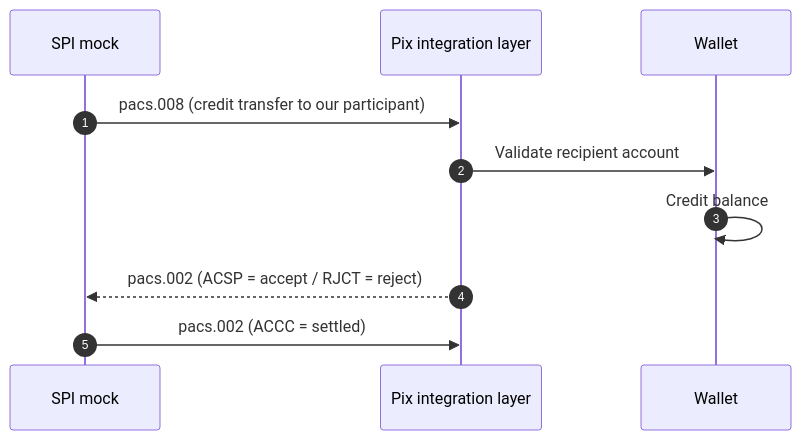
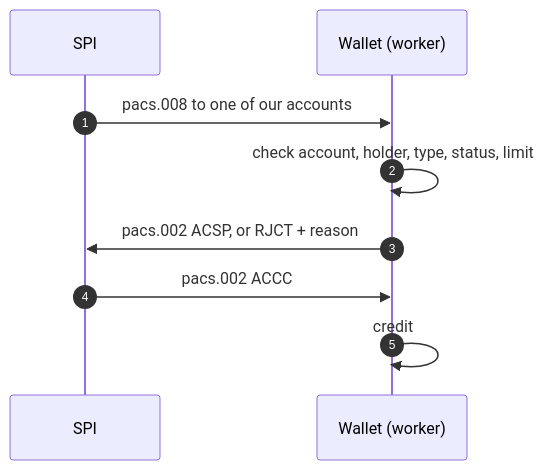
One commit to piovani/pix_fake changed the third of 4 diagrams in docs/architecture.md. Above: the diagram before and after it, drawn with Mermaid. The commit also changed other lines of this file and 2 other files, not shown here.

Commit message:
docs: bring the root README and the architecture up to date, trim the guide

````diff
--- a/docs/architecture.md
+++ b/docs/architecture.md
@@ -82,13 +63,12 @@
 ```mermaid
 sequenceDiagram
     autonumber
-    participant S as SPI mock
-    participant P as Pix integration layer
-    participant W as Wallet
+    participant S as SPI
+    participant W as Wallet (worker)
 
-    S->>P: pacs.008 (credit transfer to our participant)
-    P->>W: Validate recipient account
-    W->>W: Credit balance
-    P-->>S: pacs.002 (ACSP = accept / RJCT = reject)
-    S->>P: pacs.002 (ACCC = settled)
+    S->>W: pacs.008 to one of our accounts
+    W->>W: check account, holder, type, status, limit
+    W->>S: pacs.002 ACSP, or RJCT + reason
+    S->>W: pacs.002 ACCC
+    W->>W: credit
 ```
````
